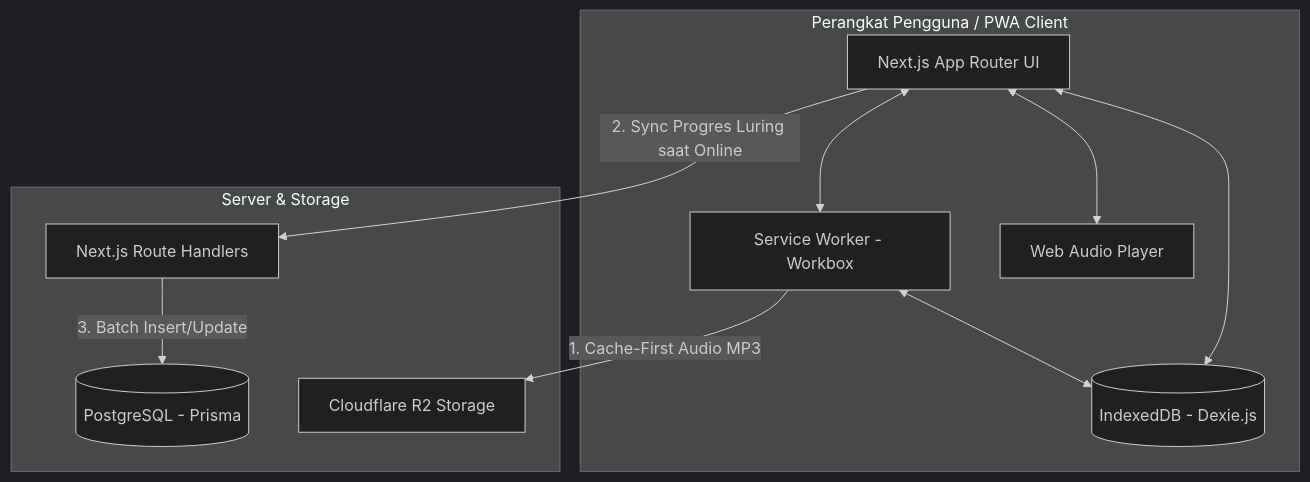
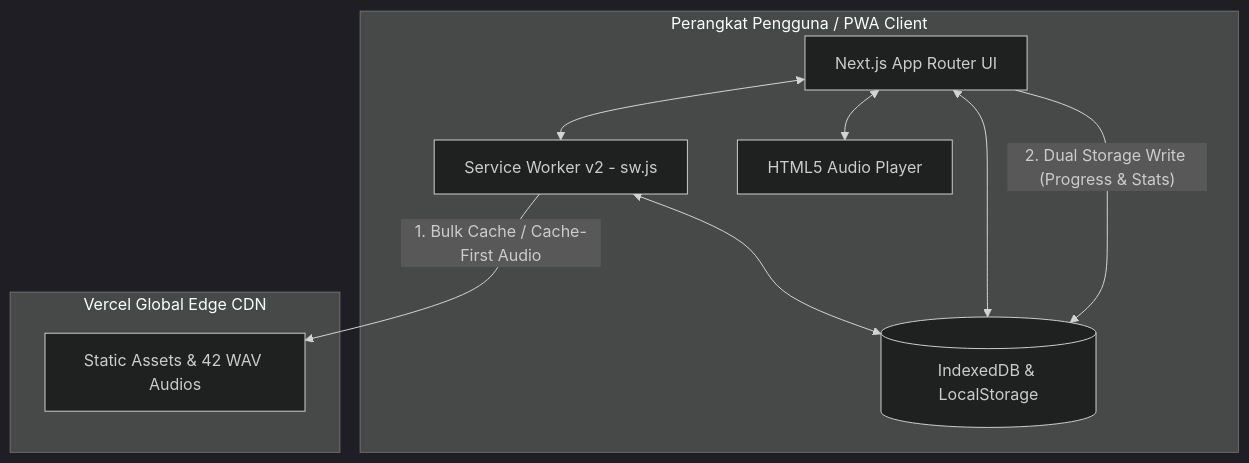
The diagram in README.md (Irs622/dengarbainweb), drawn with Mermaid (dark theme) before and after one commit. The commit also changed other lines of this file and 5 other files, not shown here.

Commit message:
docs: perbarui seluruh dokumentasi arsitektur, aksesibilitas, testing, user-flow, dan live production demo

````diff
--- a/README.md
+++ b/README.md
@@ -82,24 +82,21 @@
 ```mermaid
 graph TD
     subgraph Client [Perangkat Pengguna / PWA Client]
         UI[Next.js App Router UI]
-        SW[Service Worker - Workbox]
-        IDB[(IndexedDB - Dexie.js)]
-        AudioEngine[Web Audio Player]
+        SW[Service Worker v2 - sw.js]
+        IDB[(IndexedDB & LocalStorage)]
+        AudioEngine[HTML5 Audio Player]
         
         UI <--> SW
         SW <--> IDB
         UI <--> AudioEngine
         UI <--> IDB
     end
 
-    subgraph Cloud Infrastructure [Server & Storage]
-        API[Next.js Route Handlers]
-        DB[(PostgreSQL - Prisma)]
-        R2[Cloudflare R2 Storage]
+    subgraph Hosting [Vercel Global Edge CDN]
+        VercelCDN[Static Assets & 42 WAV Audios]
     end
 
-    SW -- "1. Cache-First Audio MP3" --> R2
-    UI -- "2. Sync Progres Luring saat Online" --> API
-    API -- "3. Batch Insert/Update" --> DB
+    SW -- "1. Bulk Cache / Cache-First Audio" --> VercelCDN
+    UI -- "2. Dual Storage Write (Progress & Stats)" --> IDB
 ```
````
